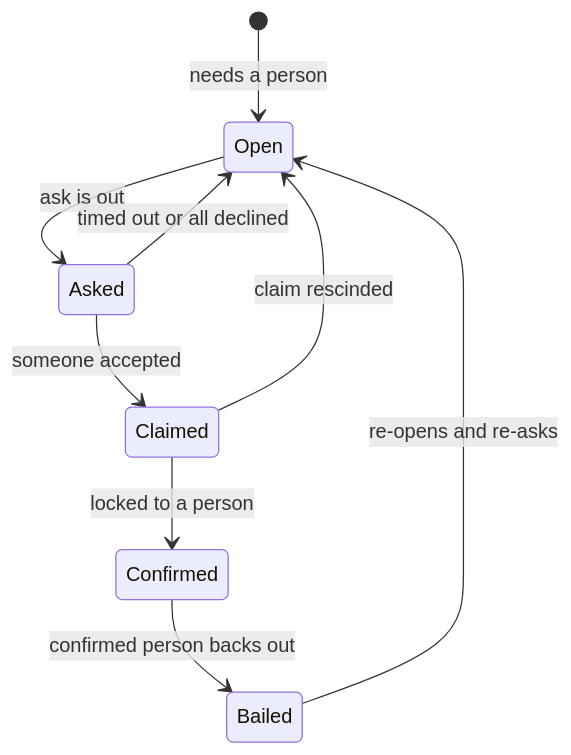
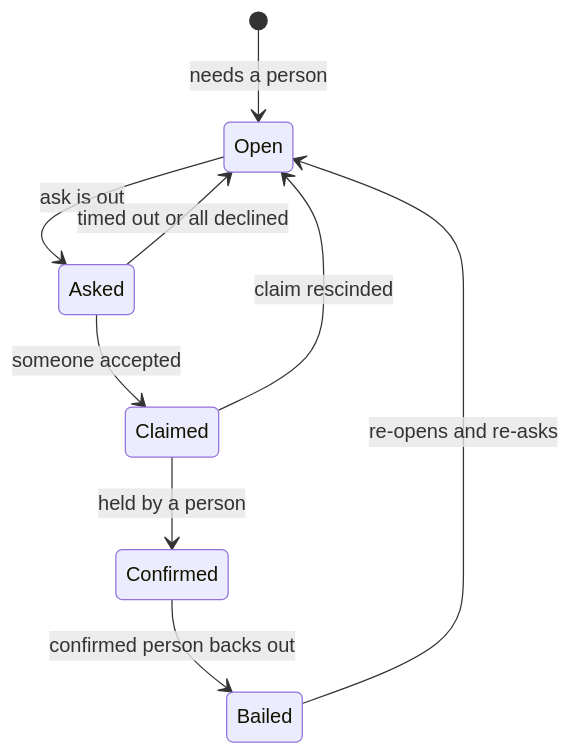
One commit to mobiustripper42/muster changed the third of 3 diagrams in docs/OPERATOR_MANUAL.md. Above: the diagram before and after it, drawn with Mermaid. The commit also changed other lines of this file and 4 other files, not shown here.

````diff
--- a/docs/OPERATOR_MANUAL.md
+++ b/docs/OPERATOR_MANUAL.md
@@ -339,11 +328,11 @@
 ```mermaid
 stateDiagram-v2
   [*] --> Open: needs a person
   Open --> Asked: ask is out
   Asked --> Claimed: someone accepted
   Asked --> Open: timed out or all declined
-  Claimed --> Confirmed: locked to a person
+  Claimed --> Confirmed: held by a person
   Claimed --> Open: claim rescinded
   Confirmed --> Bailed: confirmed person backs out
   Bailed --> Open: re-opens and re-asks
 ```
````
